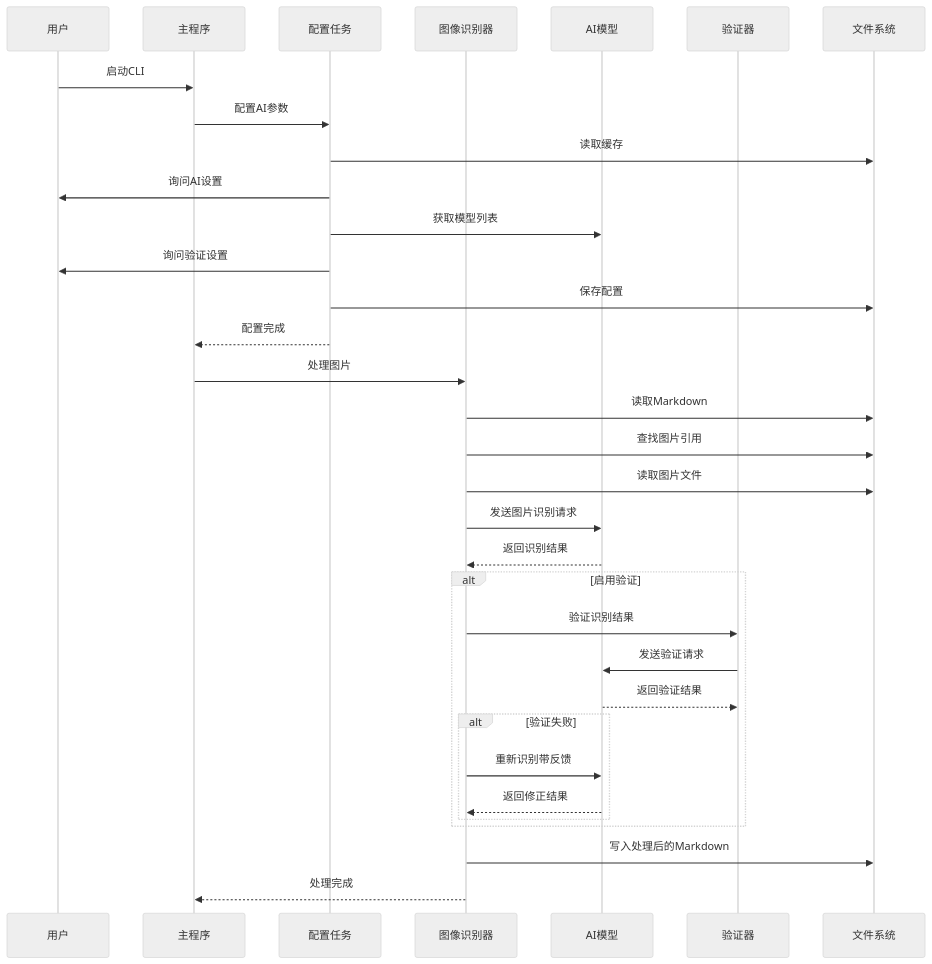
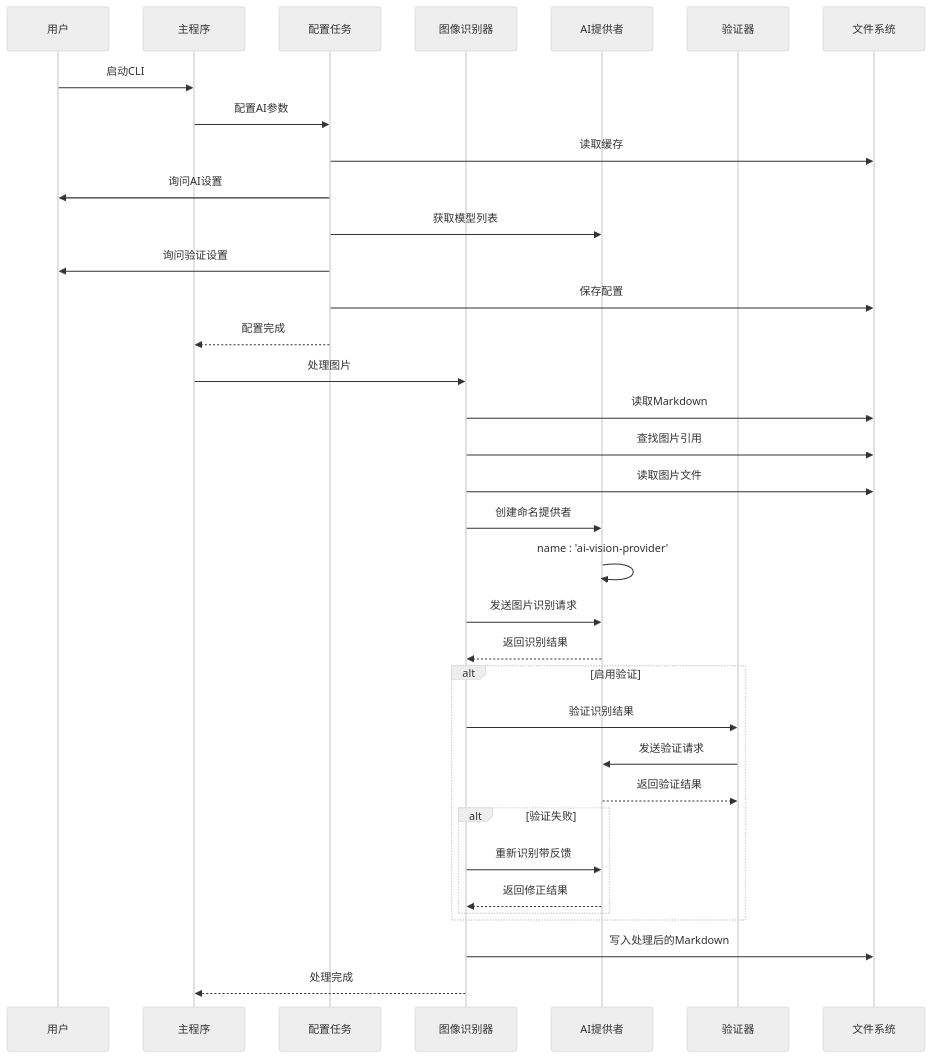
Before and after one commit to hllshiro/doc2md-cli: the second of 7 diagrams in .qoder/repowiki/zh/content/转换模块详解/AI图像识别模块.md, drawn with Mermaid (neutral theme). The commit also changed other lines of this file and 4 other files, not shown here.

````diff
--- a/.qoder/repowiki/zh/content/转换模块详解/AI图像识别模块.md
+++ b/.qoder/repowiki/zh/content/转换模块详解/AI图像识别模块.md
@@ -107,35 +113,37 @@
 ```mermaid
 sequenceDiagram
 participant User as 用户
 participant Main as 主程序
 participant Config as 配置任务
 participant Recognizer as 图像识别器
-participant AI as AI模型
+participant Provider as AI提供者
 participant Validator as 验证器
 participant FS as 文件系统
 User->>Main : 启动CLI
 Main->>Config : 配置AI参数
 Config->>FS : 读取缓存
 Config->>User : 询问AI设置
-Config->>AI : 获取模型列表
+Config->>Provider : 获取模型列表
 Config->>User : 询问验证设置
 Config->>FS : 保存配置
 Config-->>Main : 配置完成
 Main->>Recognizer : 处理图片
 Recognizer->>FS : 读取Markdown
 Recognizer->>FS : 查找图片引用
 Recognizer->>FS : 读取图片文件
-Recognizer->>AI : 发送图片识别请求
-AI-->>Recognizer : 返回识别结果
+Recognizer->>Provider : 创建命名提供者
+Provider->>Provider : name : 'ai-vision-provider'
+Recognizer->>Provider : 发送图片识别请求
+Provider-->>Recognizer : 返回识别结果
 alt 启用验证
 Recognizer->>Validator : 验证识别结果
-Validator->>AI : 发送验证请求
-AI-->>Validator : 返回验证结果
+Validator->>Provider : 发送验证请求
+Provider-->>Validator : 返回验证结果
 alt 验证失败
-Recognizer->>AI : 重新识别带反馈
-AI-->>Recognizer : 返回修正结果
+Recognizer->>Provider : 重新识别带反馈
+Provider-->>Recognizer : 返回修正结果
 end
 end
 Recognizer->>FS : 写入处理后的Markdown
 Recognizer-->>Main : 处理完成
 ```
````
